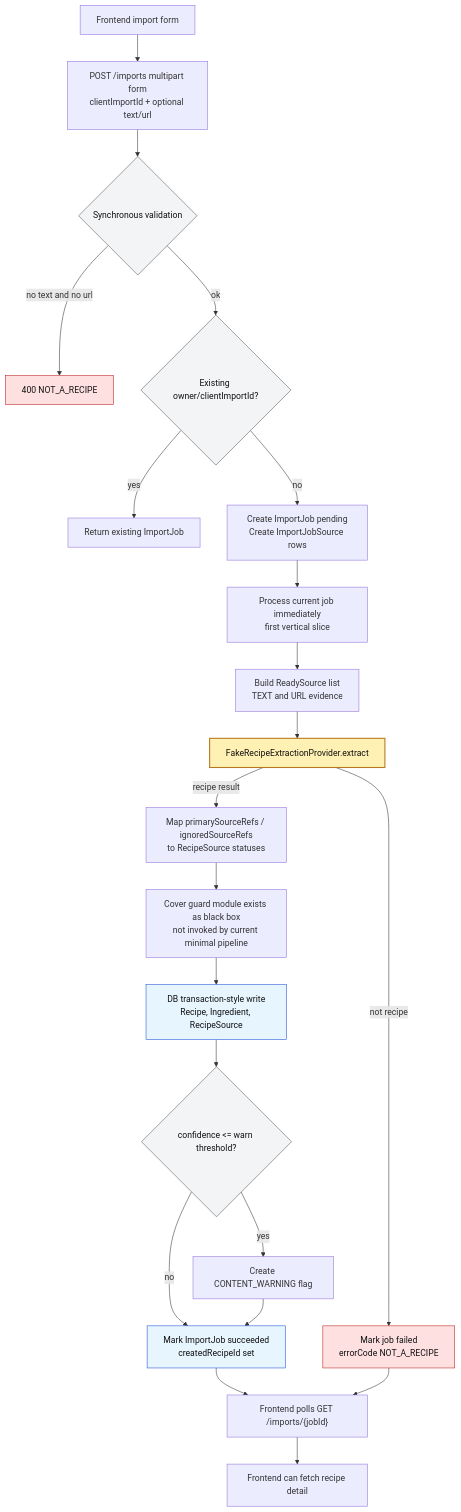
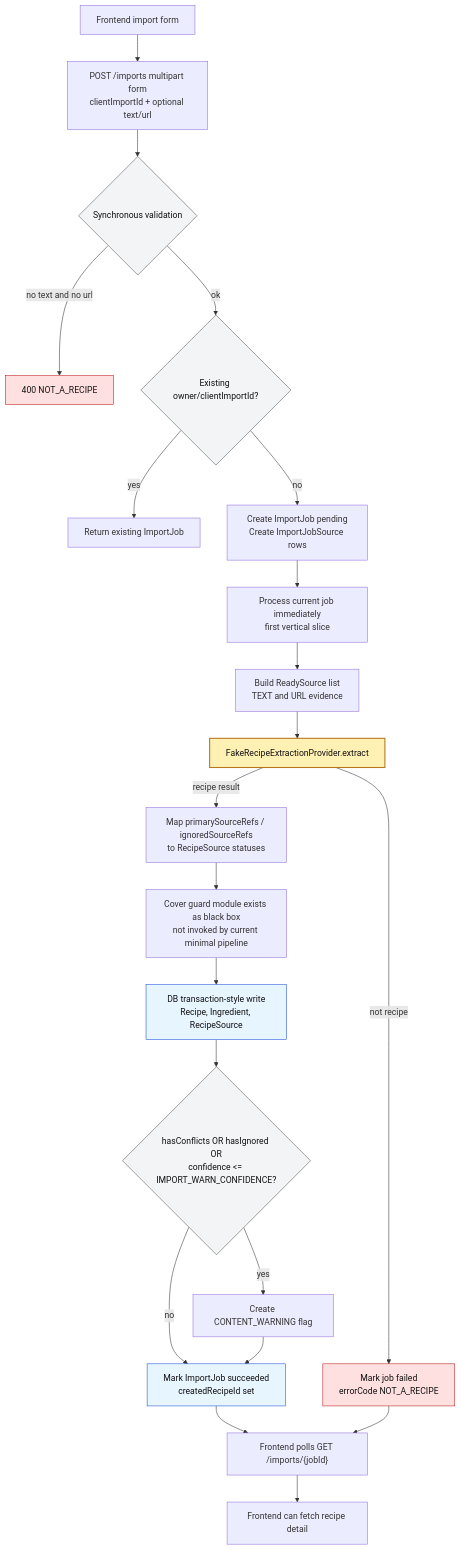
Before and after one commit to starkovalera/recipe-manager: the diagram in docs/import-pipeline.md, drawn with Mermaid. The commit also changed other lines of this file and 3 other files, not shown here.

Commit message:
fix: align review flag conditions with import quality

````diff
--- a/docs/import-pipeline.md
+++ b/docs/import-pipeline.md
@@ -5,33 +5,33 @@
 ```mermaid
 flowchart TD
   start["Frontend import form"] --> submit["POST /imports multipart form<br/>clientImportId + optional text/url"]
   submit --> validate{"Synchronous validation"}
   validate -->|"no text and no url"| failNoSource["400 NOT_A_RECIPE"]
   validate -->|"ok"| dedupe{"Existing owner/clientImportId?"}
   dedupe -->|"yes"| returnExisting["Return existing ImportJob"]
   dedupe -->|"no"| createJob["Create ImportJob pending<br/>Create ImportJobSource rows"]
   createJob --> process["Process current job immediately<br/>first vertical slice"]
   process --> ready["Build ReadySource list<br/>TEXT and URL evidence"]
   ready --> fakeAi["FakeRecipeExtractionProvider.extract"]
   fakeAi -->|"not recipe"| failJob["Mark job failed<br/>errorCode NOT_A_RECIPE"]
   fakeAi -->|"recipe result"| statusMap["Map primarySourceRefs / ignoredSourceRefs<br/>to RecipeSource statuses"]
   statusMap --> coverGuard["Cover guard module exists as black box<br/>not invoked by current minimal pipeline"]
   coverGuard --> db["DB transaction-style write<br/>Recipe, Ingredient, RecipeSource"]
-  db --> maybeFlag{"confidence <= warn threshold?"}
+  db --> maybeFlag{"hasConflicts OR hasIgnored OR<br/>confidence <= IMPORT_WARN_CONFIDENCE?"}
   maybeFlag -->|"yes"| flag["Create CONTENT_WARNING flag"]
   maybeFlag -->|"no"| success
   flag --> success["Mark ImportJob succeeded<br/>createdRecipeId set"]
   success --> poll["Frontend polls GET /imports/{jobId}"]
   failJob --> poll
   poll --> detail["Frontend can fetch recipe detail"]
 
   classDef ai fill:#fff0b3,stroke:#b7791f,color:#111,stroke-width:2px;
   classDef fail fill:#ffe0e0,stroke:#b91c1c,color:#111;
   classDef db fill:#e7f5ff,stroke:#1d4ed8,color:#111;
   classDef decision fill:#f3f4f6,stroke:#555,color:#111;
 
   class fakeAi ai;
   class failNoSource,failJob fail;
   class db,success db;
   class validate,dedupe,maybeFlag decision;
 ```
````
